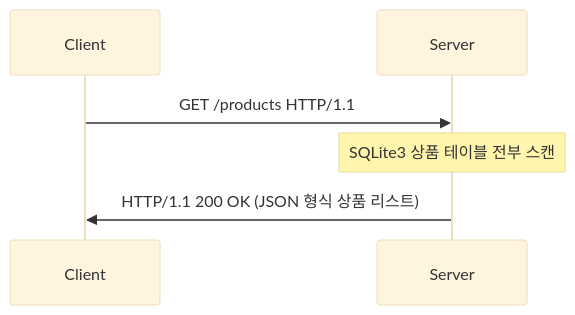
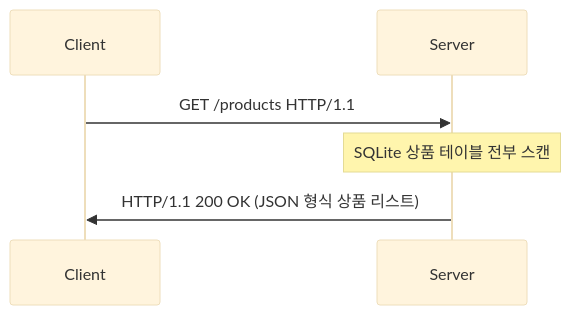
The third of 8 diagrams in README.md (a1paka12/ComputerNetworkTask), drawn with Mermaid (base theme) before and after one commit. The commit also changed other lines of this file and 10 other files, not shown here.

````diff
--- a/README.md
+++ b/README.md
@@ -333,6 +331,6 @@
     ```mermaid
     sequenceDiagram
         Client->>Server: GET /products HTTP/1.1
-        Note over Server: SQLite3 상품 테이블 전부 스캔
+        Note over Server: SQLite 상품 테이블 전부 스캔
         Server->>Client: HTTP/1.1 200 OK (JSON 형식 상품 리스트)
     ```
````
